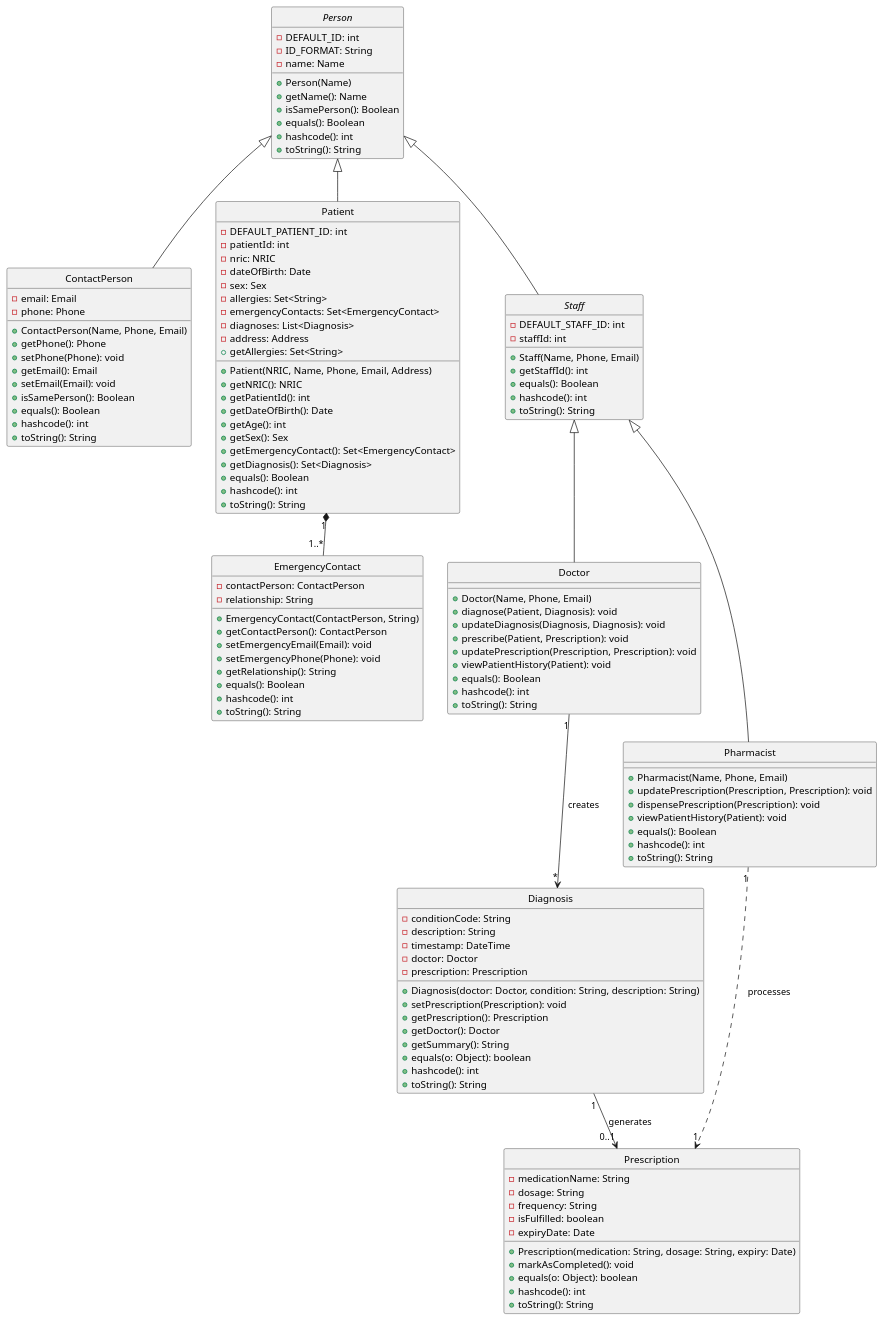
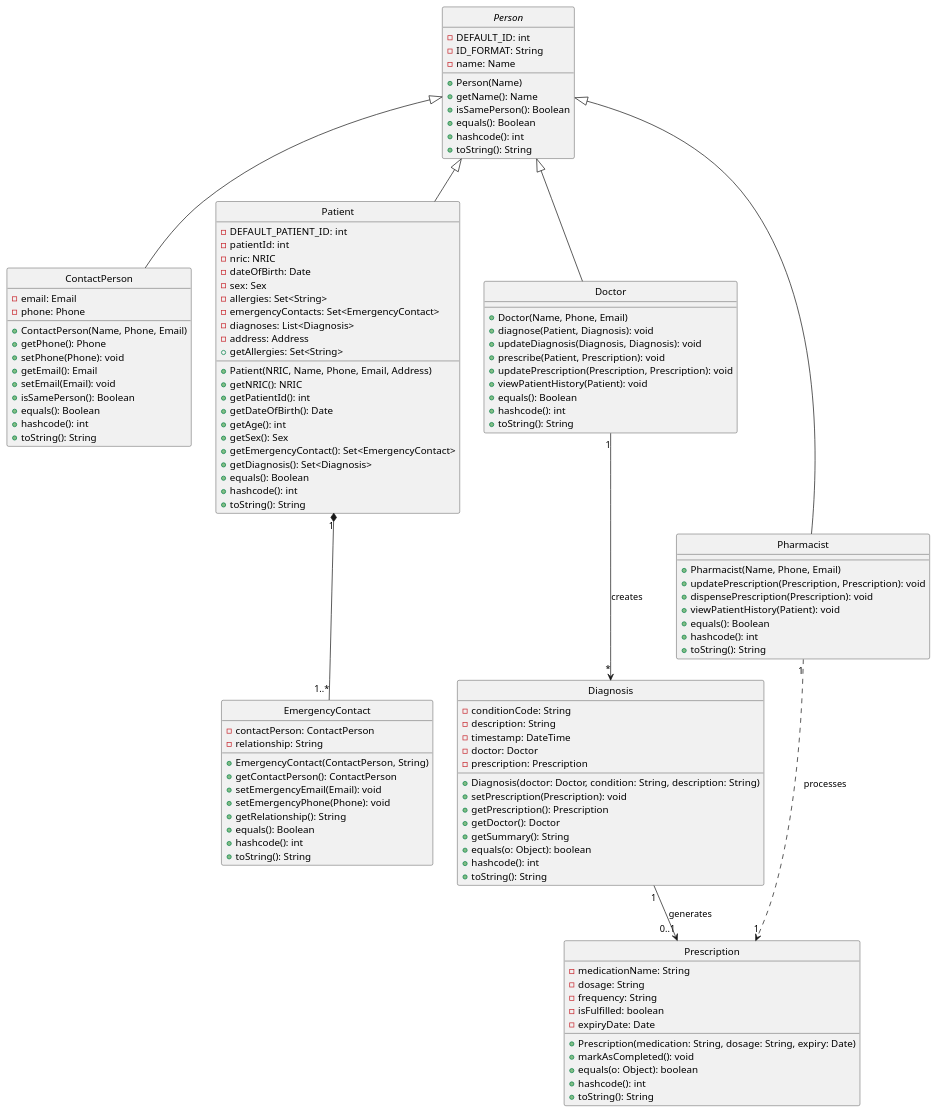
Before and after one commit to AY2526S2-CS2103-T11-3/tp: the diagram in docs/diagrams/ObjectDiagram.puml, drawn with PlantUML.

Commit message:
Update Obj Diagram

```diff
--- a/docs/diagrams/ObjectDiagram.puml
+++ b/docs/diagrams/ObjectDiagram.puml
@@ -1,140 +1,131 @@
 @startuml
 skinparam style strictuml
 skinparam PackageStyle rectangle
 
 ' --- TOP LEVEL ---
 abstract class Person {
     - DEFAULT_ID: int
     - ID_FORMAT: String
     - name: Name
     + Person(Name)
     + getName(): Name
     + isSamePerson(): Boolean
     + equals(): Boolean
     + hashcode(): int
     + toString(): String
 }
 
 ' --- MIDDLE LEVEL ---
 class ContactPerson extends Person {
     - email: Email
     - phone: Phone
     + ContactPerson(Name, Phone, Email)
     + getPhone(): Phone
     + setPhone(Phone): void
     + getEmail(): Email
     + setEmail(Email): void
     + isSamePerson(): Boolean
     + equals(): Boolean
     + hashcode(): int
     + toString(): String
     ' TODO: Implement contact validation and persistence
 }
 
 class EmergencyContact {
     - contactPerson: ContactPerson
     - relationship: String
     + EmergencyContact(ContactPerson, String)
     + getContactPerson(): ContactPerson
     + setEmergencyEmail(Email): void
     + setEmergencyPhone(Phone): void
     + getRelationship(): String
     + equals(): Boolean
     + hashcode(): int
     + toString(): String
 }
 
 class Patient extends Person {
     - DEFAULT_PATIENT_ID: int
     - patientId: int
     - nric: NRIC
     - dateOfBirth: Date
     - sex: Sex
     - allergies: Set<String>
     - emergencyContacts: Set<EmergencyContact>
     - diagnoses: List<Diagnosis>
     - address: Address
     + Patient(NRIC, Name, Phone, Email, Address)
     + getNRIC(): NRIC
     + getPatientId(): int
     + getDateOfBirth(): Date
     + getAge(): int
     + getSex(): Sex
     + getAllergies: Set<String>
     + getEmergencyContact(): Set<EmergencyContact>
     + getDiagnosis(): Set<Diagnosis>
     + equals(): Boolean
     + hashcode(): int
     + toString(): String
 }
 
-abstract class Staff extends Person {
-    - DEFAULT_STAFF_ID: int
-    - staffId: int
-    + Staff(Name, Phone, Email)
-    + getStaffId(): int
-    + equals(): Boolean
-    + hashcode(): int
-    + toString(): String
-}
 
 ' --- STAFF SPECIALIZATION ---
-class Doctor extends Staff {
+class Doctor extends Person {
     + Doctor(Name, Phone, Email)
     + diagnose(Patient, Diagnosis): void
     + updateDiagnosis(Diagnosis, Diagnosis): void
     + prescribe(Patient, Prescription): void
     + updatePrescription(Prescription, Prescription): void
     + viewPatientHistory(Patient): void
     + equals(): Boolean
     + hashcode(): int
     + toString(): String
 }
 
-class Pharmacist extends Staff {
+class Pharmacist extends Person {
     + Pharmacist(Name, Phone, Email)
     + updatePrescription(Prescription, Prescription): void
     + dispensePrescription(Prescription): void
     + viewPatientHistory(Patient): void
     + equals(): Boolean
     + hashcode(): int
     + toString(): String
 }
 
 ' --- BOTTOM LEVEL (Artifacts) ---
 class Diagnosis {
     - conditionCode: String
     - description: String
     - timestamp: DateTime
     - doctor: Doctor
     - prescription: Prescription
     + Diagnosis(doctor: Doctor, condition: String, description: String)
     + setPrescription(Prescription): void
     + getPrescription(): Prescription
     + getDoctor(): Doctor
     + getSummary(): String
     + equals(o: Object): boolean
     + hashcode(): int
     + toString(): String
 }
 
 class Prescription {
     - medicationName: String
     - dosage: String
     - frequency: String
     - isFulfilled: boolean
     - expiryDate: Date
     + Prescription(medication: String, dosage: String, expiry: Date)
     + markAsCompleted(): void
     + equals(o: Object): boolean
     + hashcode(): int
     + toString(): String
 }
 
 ' --- Logic Connections ---
 Patient "1" *-- "1..*" EmergencyContact
 Doctor "1" --> "*" Diagnosis : creates
 Diagnosis "1" --> "0..1" Prescription : generates
 Pharmacist "1" ..> "1" Prescription : processes
 
 @enduml
```
